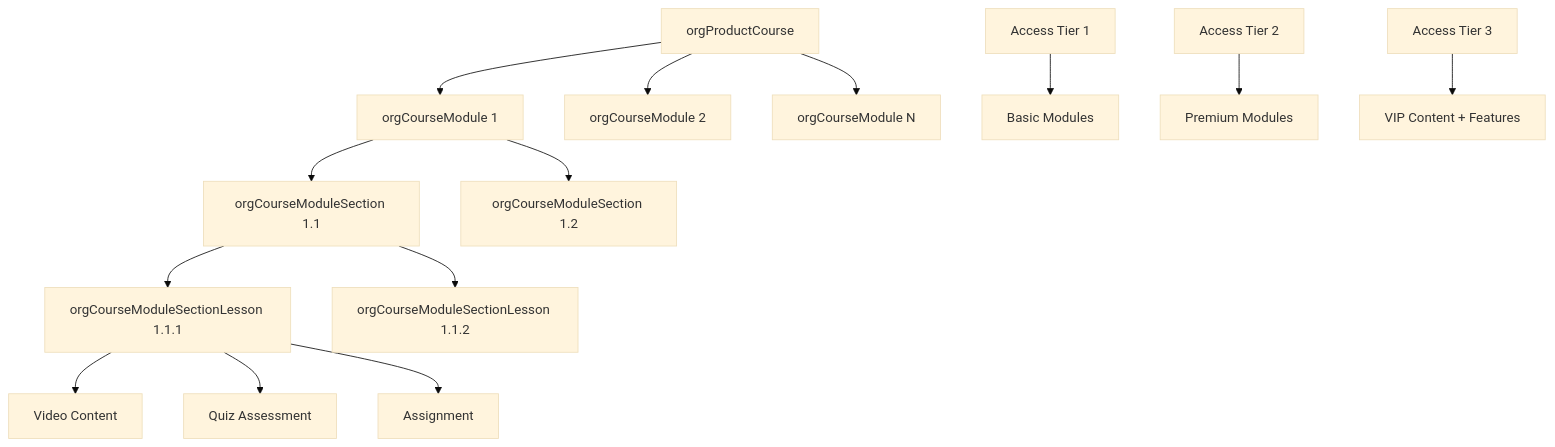
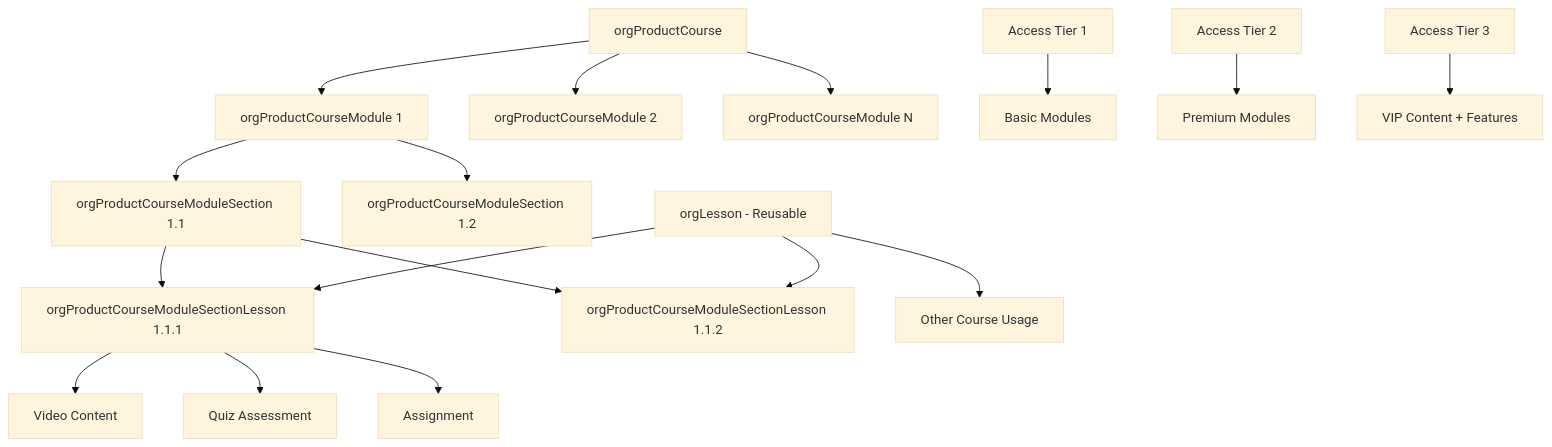
Before and after one commit to DreamEcho100/maze: the first of 5 diagrams in apps/volmify/src/server/libs/db/schema/README.md, drawn with Mermaid (base theme). The commit also changed other lines of this file and 5 other files, not shown here.

````diff
--- a/apps/volmify/src/server/libs/db/schema/README.md
+++ b/apps/volmify/src/server/libs/db/schema/README.md
@@ -167,20 +175,24 @@
 ```mermaid
 graph TD
-    A[orgProductCourse] --> B[orgCourseModule 1]
-    A --> C[orgCourseModule 2]
-    A --> D[orgCourseModule N]
+    A[orgProductCourse] --> B[orgProductCourseModule 1]
+    A --> C[orgProductCourseModule 2]
+    A --> D[orgProductCourseModule N]
     
-    B --> E[orgCourseModuleSection 1.1]
-    B --> F[orgCourseModuleSection 1.2]
+    B --> E[orgProductCourseModuleSection 1.1]
+    B --> F[orgProductCourseModuleSection 1.2]
     
-    E --> G[orgCourseModuleSectionLesson 1.1.1]
-    E --> H[orgCourseModuleSectionLesson 1.1.2]
+    E --> G[orgProductCourseModuleSectionLesson 1.1.1]
+    E --> H[orgProductCourseModuleSectionLesson 1.1.2]
     
-    G --> I[Video Content]
-    G --> J[Quiz Assessment]
-    G --> K[Assignment]
+    I[orgLesson - Reusable] --> G
+    I --> H
+    I --> J[Other Course Usage]
     
-    L[Access Tier 1] --> M[Basic Modules]
-    N[Access Tier 2] --> O[Premium Modules]
-    P[Access Tier 3] --> Q[VIP Content + Features]
+    G --> K[Video Content]
+    G --> L[Quiz Assessment]
+    G --> M[Assignment]
+    
+    N[Access Tier 1] --> O[Basic Modules]
+    P[Access Tier 2] --> Q[Premium Modules]
+    R[Access Tier 3] --> S[VIP Content + Features]
 ```
````
